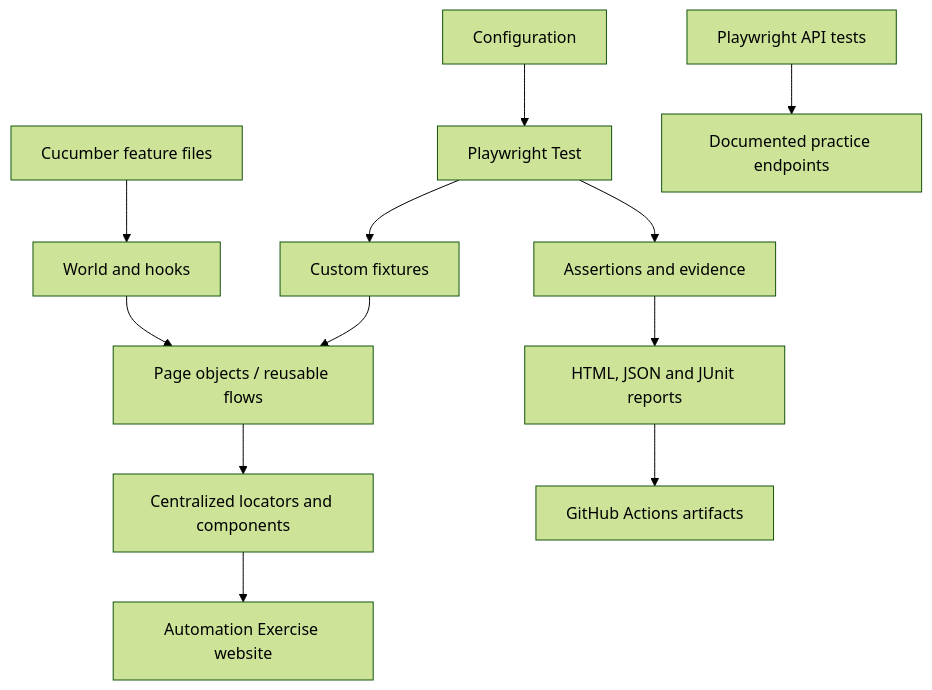
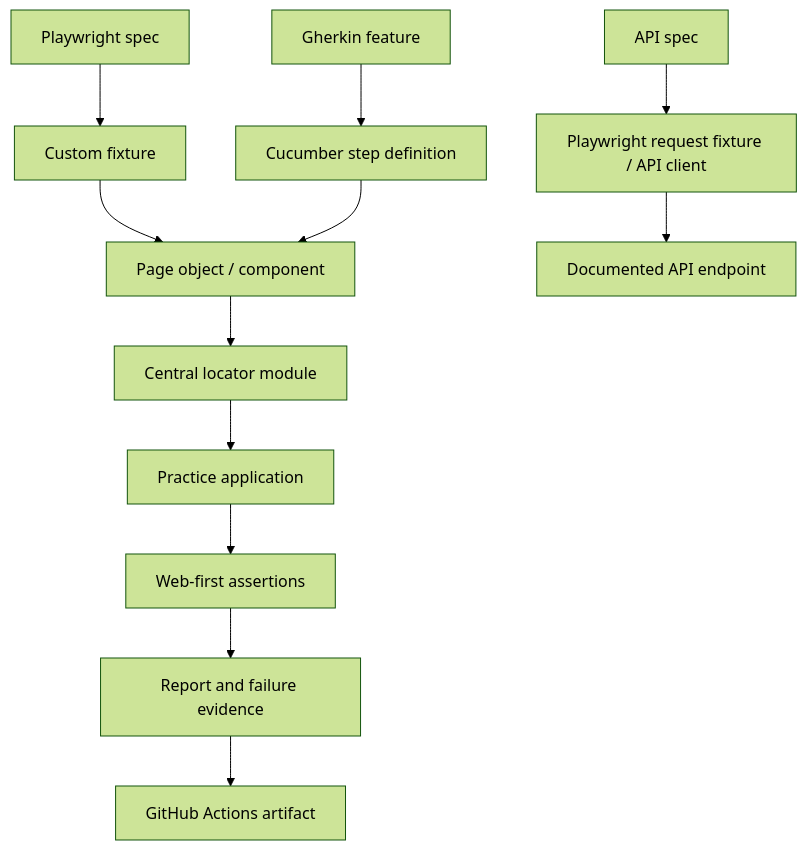
The first of 2 diagrams in README.md (SanFlash/automationExercise), drawn with Mermaid (forest theme) before and after one commit. The commit also changed other lines of this file and 43 other files, not shown here.

````diff
--- a/README.md
+++ b/README.md
@@ -20,14 +207,14 @@
 ```mermaid
 flowchart TD
-  A[Configuration] --> B[Playwright Test]
-  B --> C[Custom fixtures]
-  C --> D[Page objects / reusable flows]
-  D --> E[Centralized locators and components]
-  E --> F[Automation Exercise website]
-  B --> G[Assertions and evidence]
-  G --> H[HTML, JSON and JUnit reports]
-  I[Cucumber feature files] --> J[World and hooks]
-  J --> D
-  K[Playwright API tests] --> L[Documented practice endpoints]
-  H --> M[GitHub Actions artifacts]
+  A[Playwright spec] --> B[Custom fixture]
+  B --> C[Page object / component]
+  C --> D[Central locator module]
+  D --> E[Practice application]
+  E --> F[Web-first assertions]
+  F --> G[Report and failure evidence]
+  H[Gherkin feature] --> I[Cucumber step definition]
+  I --> C
+  J[API spec] --> K[Playwright request fixture / API client]
+  K --> L[Documented API endpoint]
+  G --> M[GitHub Actions artifact]
 ```
````
